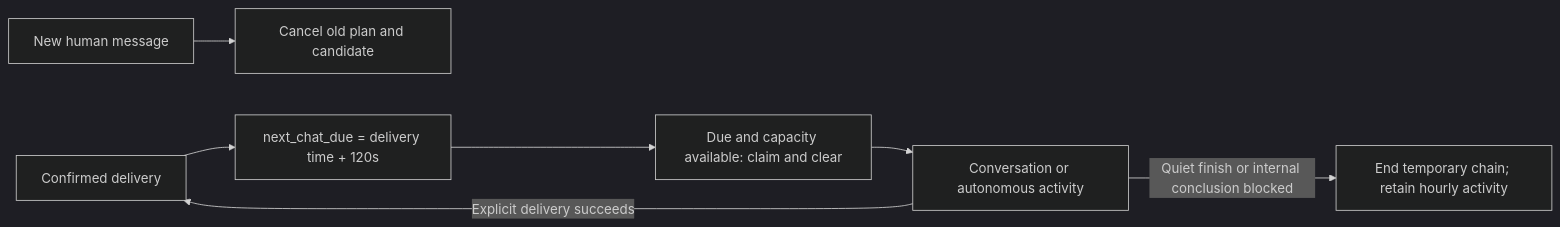
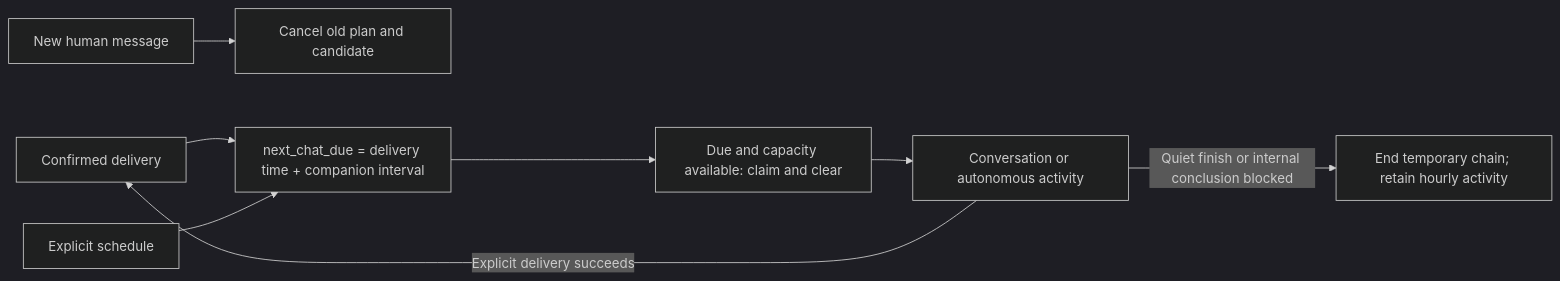
One commit to laofeng-a/fatfish changed the second of 2 diagrams in README.en.md. Above: the diagram before and after it, drawn with Mermaid (dark theme). The commit also changed other lines of this file and 1 other file, not shown here.

Commit message:
Document all-day companion scheduling

````diff
--- a/README.en.md
+++ b/README.en.md
@@ -105,9 +108,10 @@
 ```mermaid
 flowchart LR
     Human[New human message] --> Reset[Cancel old plan and candidate]
-    Sent[Confirmed delivery] --> Due[next_chat_due = delivery time + 120s]
+    Sent[Confirmed delivery] --> Due[next_chat_due = delivery time + companion interval]
+    Scheduled[Explicit schedule] --> Due
     Due --> Claim[Due and capacity available: claim and clear]
     Claim --> Activity[Conversation or autonomous activity]
     Activity -->|Explicit delivery succeeds| Sent
     Activity -->|Quiet finish or internal conclusion blocked| Quiet[End temporary chain; retain hourly activity]
 ```
````
